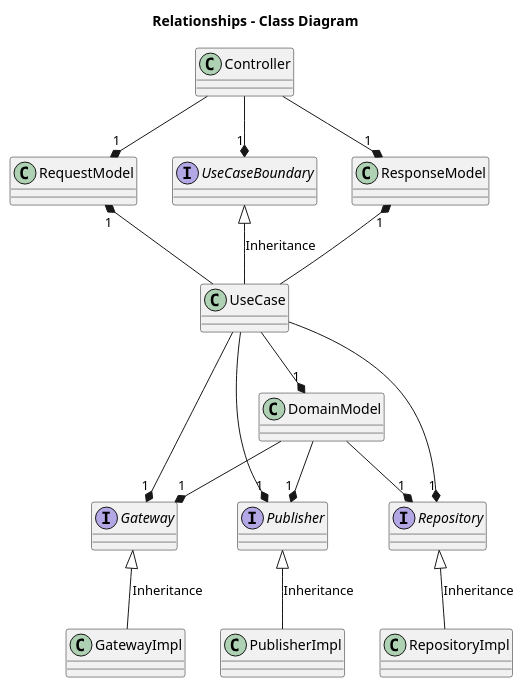
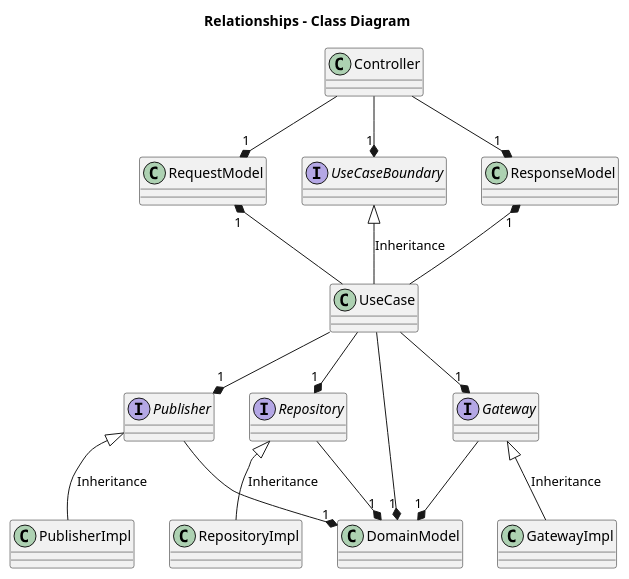
Before and after one commit to nhmendes/checkout-basket: the diagram in classdiagram.puml, drawn with PlantUML. The commit also changed 1 other file, not shown here.

Commit message:
fixed class diagram relations

```diff
--- a/classdiagram.puml
+++ b/classdiagram.puml
@@ -1,42 +1,42 @@
 @startuml
 
 title Relationships - Class Diagram
 
 
 class Controller
 class RequestModel
 interface UseCaseBoundary
 class ResponseModel
 class UseCase
 interface Gateway
 interface Repository
 class DomainModel
 class GatewayImpl
 class RepositoryImpl
 interface Publisher
 class PublisherImpl
 
 RequestModel "1" *-up- Controller
 ResponseModel "1" *-up- Controller
 UseCaseBoundary "1" *-up- Controller
 
 Repository "1" *-up- UseCase
 Gateway "1" *-up- UseCase
 Publisher "1" *-up- UseCase
 
 RequestModel "1" *-down- UseCase
 ResponseModel "1" *-down- UseCase
 
 DomainModel "1" *-up- UseCase
 
-Gateway "1" *-up- DomainModel
-Repository "1" *-up- DomainModel
-Publisher "1" *-up- DomainModel
+DomainModel "1" *-up- Gateway
+DomainModel "1" *-up- Repository
+DomainModel "1" *-up- Publisher
 
 Gateway <|-down- GatewayImpl: Inheritance
 Repository <|-down- RepositoryImpl: Inheritance
 UseCaseBoundary <|-down- UseCase: Inheritance
 Publisher <|-down- PublisherImpl: Inheritance
 
 
 @enduml
```
